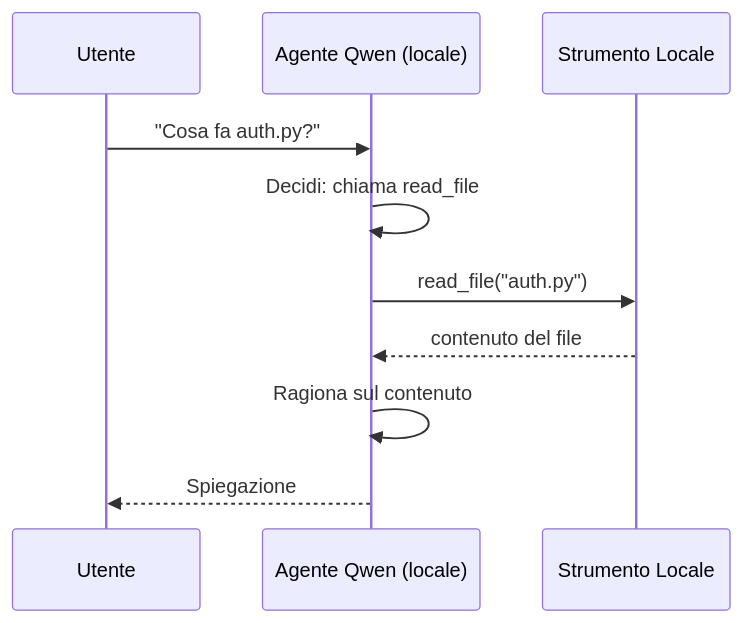
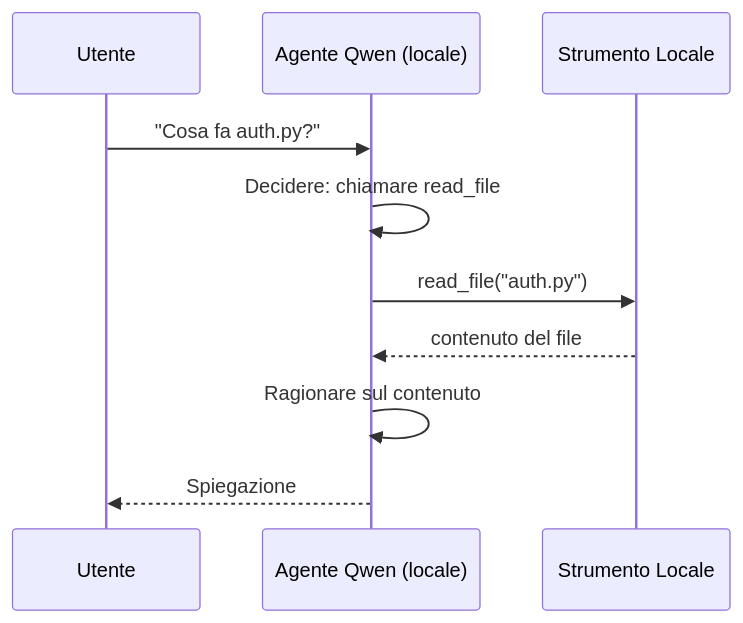
Before and after one commit to gabrielmoreira/agent-skills-mirror: the second of 4 diagrams in mirrors/repos/microsoft@ai-agents-for-beginners/translations/it/17-creating-local-ai-agents/README.md, drawn with Mermaid. The commit also changed other lines of this file and 4262 other files, not shown here.

````diff
--- a/mirrors/repos/microsoft@ai-agents-for-beginners/translations/it/17-creating-local-ai-agents/README.md
+++ b/mirrors/repos/microsoft@ai-agents-for-beginners/translations/it/17-creating-local-ai-agents/README.md
@@ -106,12 +106,12 @@
 ```mermaid
 sequenceDiagram
     participant U as Utente
     participant A as Agente Qwen (locale)
     participant T as Strumento Locale
     U->>A: "Cosa fa auth.py?"
-    A->>A: Decidi: chiama read_file
+    A->>A: Decidere: chiamare read_file
     A->>T: read_file("auth.py")
     T-->>A: contenuto del file
-    A->>A: Ragiona sul contenuto
+    A->>A: Ragionare sul contenuto
     A-->>U: Spiegazione
 ```
````
